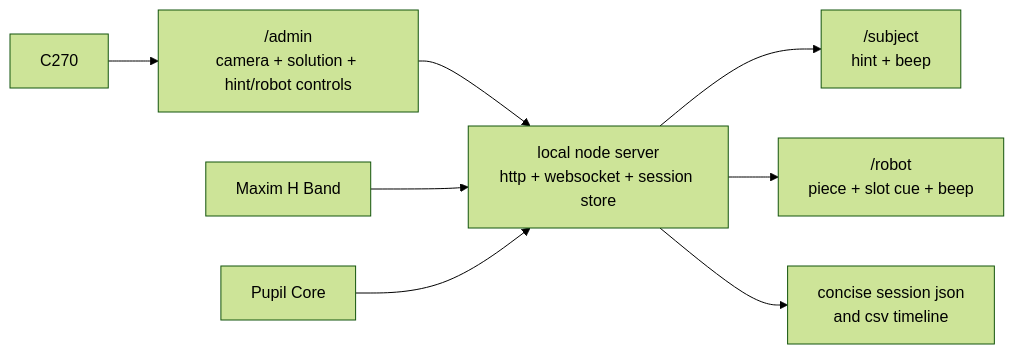
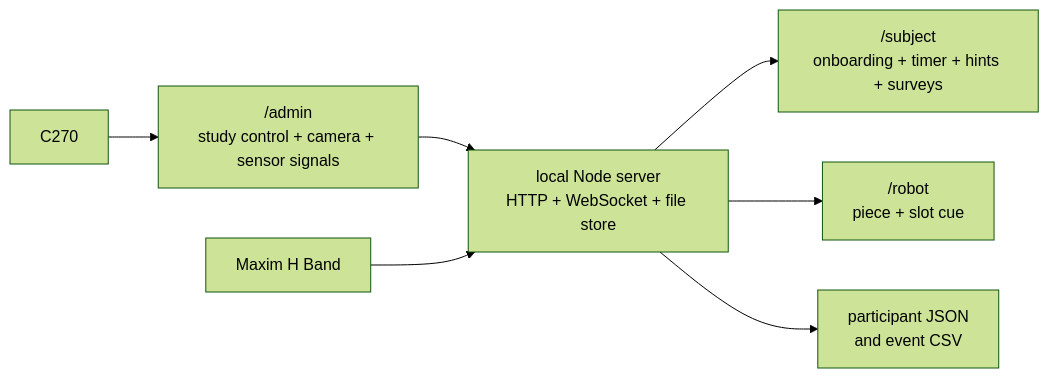
One commit to shrijacked/wizard-of-oz-control-app changed the diagram in docs/architecture.md. Above: the diagram before and after it, drawn with Mermaid (forest theme). The commit also changed other lines of this file and 50 other files, not shown here.

````diff
--- a/docs/architecture.md
+++ b/docs/architecture.md
@@ -7,10 +7,9 @@
 ```mermaid
 flowchart LR
-    admin["/admin<br/>camera + solution + hint/robot controls"] --> server["local node server<br/>http + websocket + session store"]
-    server --> subject["/subject<br/>hint + beep"]
-    server --> robot["/robot<br/>piece + slot cue + beep"]
+    admin["/admin<br/>study control + camera + sensor signals"] --> server["local Node server<br/>HTTP + WebSocket + file store"]
+    server --> subject["/subject<br/>onboarding + timer + hints + surveys"]
+    server --> robot["/robot<br/>piece + slot cue"]
     watch["Maxim H Band"] --> server
-    gaze["Pupil Core"] --> server
     camera["C270"] --> admin
-    server --> export["concise session json<br/>and csv timeline"]
+    server --> export["participant JSON<br/>and event CSV"]
 ```
````
